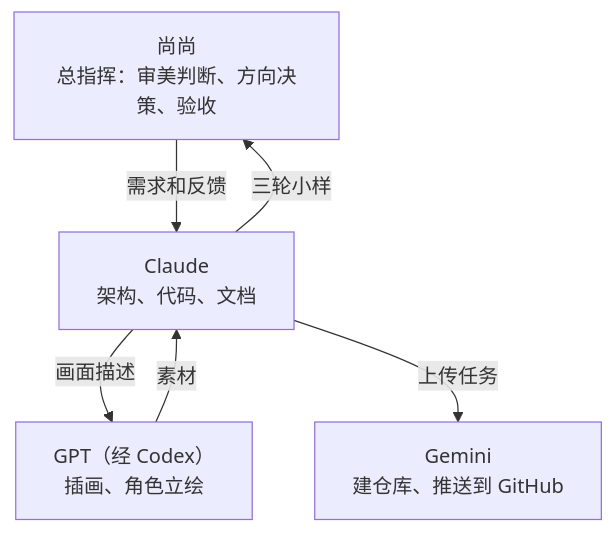
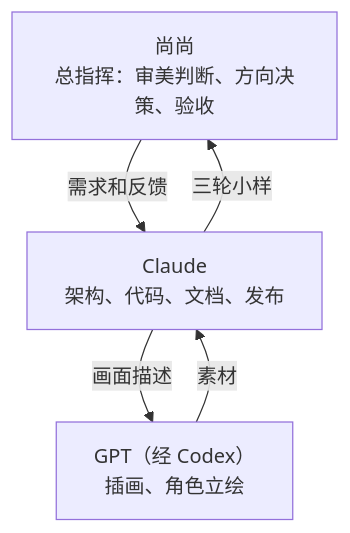
One commit to shangshang21/motion-field-guide changed the fourth of 4 diagrams in README.md. Above: the diagram before and after it, drawn with Mermaid.

Commit message:
README：分工图去掉 Gemini（上传实际由 Claude 完成）

````diff
--- a/README.md
+++ b/README.md
@@ -169,8 +169,7 @@
 ```mermaid
 flowchart TD
-    S["尚尚<br/>总指挥：审美判断、方向决策、验收"] -->|"需求和反馈"| C["Claude<br/>架构、代码、文档"]
+    S["尚尚<br/>总指挥：审美判断、方向决策、验收"] -->|"需求和反馈"| C["Claude<br/>架构、代码、文档、发布"]
     C -->|"画面描述"| G["GPT（经 Codex）<br/>插画、角色立绘"]
-    C -->|"上传任务"| M["Gemini<br/>建仓库、推送到 GitHub"]
     G -->|"素材"| C
     C -->|"三轮小样"| S
 ```
````
